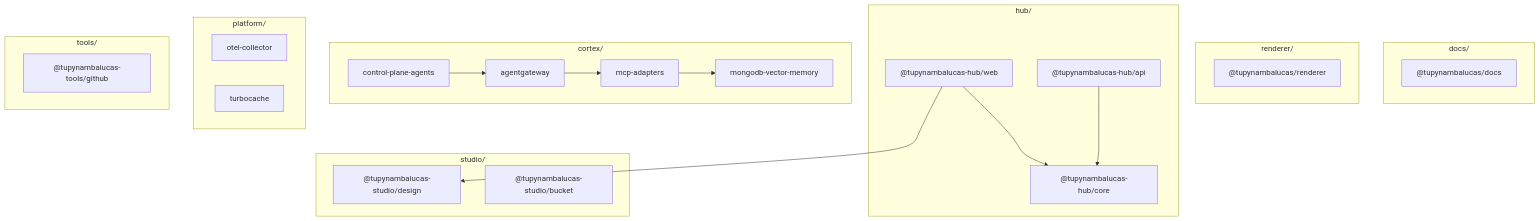
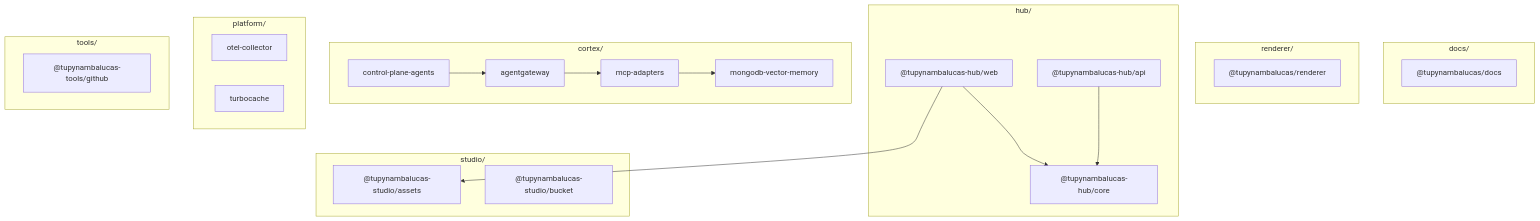
One commit to tupynambalucas/tupynambalucas changed the diagram in MONOREPO.readme.md. Above: the diagram before and after it, drawn with Mermaid. The commit also changed other lines of this file and 133 other files, not shown here.

````diff
--- a/MONOREPO.readme.md
+++ b/MONOREPO.readme.md
@@ -100,39 +100,39 @@
 ```mermaid
 graph TD
     direction TB
     subgraph Docs_Context ["docs/"]
         Docs["@tupynambalucas/docs"]
     end
     subgraph Renderer_Context ["renderer/"]
         Renderer["@tupynambalucas/renderer"]
     end
     subgraph Hub_Context ["hub/"]
         Web["@tupynambalucas-hub/web"]
         API["@tupynambalucas-hub/api"]
         Core["@tupynambalucas-hub/core"]
     end
     subgraph Studio_Context ["studio/"]
-        Design["@tupynambalucas-studio/design"]
+        Design["@tupynambalucas-studio/assets"]
         Bucket["@tupynambalucas-studio/bucket"]
     end
     subgraph Cortex_Context ["cortex/"]
         AgentGateway["agentgateway"]
         Memory["mongodb-vector-memory"]
         MCPGateway["mcp-adapters"]
         MCPAgents["control-plane-agents"]
     end
     subgraph Platform_Context ["platform/"]
         Telemetry["otel-collector"]
         TurboCache["turbocache"]
     end
     subgraph Tools_Context ["tools/"]
         GithubTools["@tupynambalucas-tools/github"]
     end
 
     Web --> Core
     API --> Core
     Web --> Design
     MCPAgents --> AgentGateway
     AgentGateway --> MCPGateway
     MCPGateway --> Memory
 ```
````
